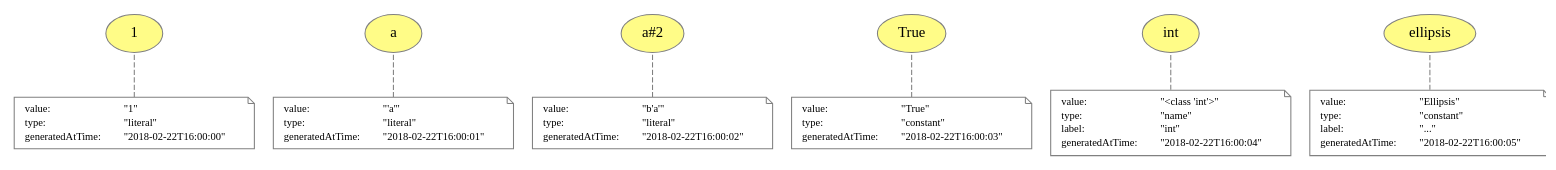
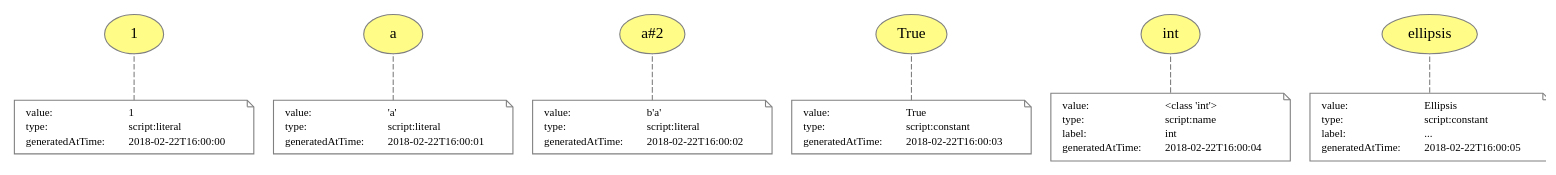
One commit to dew-uff/versioned-prov changed the diagram in images/versioned_prov/names.dot. Above: the diagram before and after it, drawn with Graphviz. The commit also changed 61 other files, not shown here.

```diff
--- a/images/versioned_prov/names.dot
+++ b/images/versioned_prov/names.dot
@@ -1,106 +1,106 @@
 digraph "PROV" { size="16,12"; rankdir="BT";
 "http://example.org/1" [fillcolor="#FFFC87",color="#808080",style="filled",label="1",URL="http://example.org/1"]
 "-attrs0" [color="gray",shape="note",fontsize="10",fontcolor="black",label=<<TABLE cellpadding="0" border="0">
 	<TR>
 	    <TD align="left">value:</TD>
-	    <TD align="left">&quot;1&quot;</TD>
+	    <TD align="left">1</TD>
 	</TR>
 	<TR>
 	    <TD align="left">type:</TD>
-	    <TD align="left">&quot;literal&quot;</TD>
+	    <TD align="left">script:literal</TD>
 	</TR>
 	<TR>
 	    <TD align="left">generatedAtTime:</TD>
-	    <TD align="left">&quot;2018-02-22T16:00:00&quot;</TD>
+	    <TD align="left">2018-02-22T16:00:00</TD>
 	</TR>
 </TABLE>>]
 "-attrs0" -> "http://example.org/1" [color="gray",style="dashed",arrowhead="none"]
 "http://example.org/a" [fillcolor="#FFFC87",color="#808080",style="filled",label="a",URL="http://example.org/a"]
 "-attrs1" [color="gray",shape="note",fontsize="10",fontcolor="black",label=<<TABLE cellpadding="0" border="0">
 	<TR>
 	    <TD align="left">value:</TD>
-	    <TD align="left">&quot;&#x27;a&#x27;&quot;</TD>
+	    <TD align="left">&#x27;a&#x27;</TD>
 	</TR>
 	<TR>
 	    <TD align="left">type:</TD>
-	    <TD align="left">&quot;literal&quot;</TD>
+	    <TD align="left">script:literal</TD>
 	</TR>
 	<TR>
 	    <TD align="left">generatedAtTime:</TD>
-	    <TD align="left">&quot;2018-02-22T16:00:01&quot;</TD>
+	    <TD align="left">2018-02-22T16:00:01</TD>
 	</TR>
 </TABLE>>]
 "-attrs1" -> "http://example.org/a" [color="gray",style="dashed",arrowhead="none"]
 "http://example.org/a#2" [fillcolor="#FFFC87",color="#808080",style="filled",label="a#2",URL="http://example.org/a#2"]
 "-attrs2" [color="gray",shape="note",fontsize="10",fontcolor="black",label=<<TABLE cellpadding="0" border="0">
 	<TR>
 	    <TD align="left">value:</TD>
-	    <TD align="left">&quot;b&#x27;a&#x27;&quot;</TD>
+	    <TD align="left">b&#x27;a&#x27;</TD>
 	</TR>
 	<TR>
 	    <TD align="left">type:</TD>
-	    <TD align="left">&quot;literal&quot;</TD>
+	    <TD align="left">script:literal</TD>
 	</TR>
 	<TR>
 	    <TD align="left">generatedAtTime:</TD>
-	    <TD align="left">&quot;2018-02-22T16:00:02&quot;</TD>
+	    <TD align="left">2018-02-22T16:00:02</TD>
 	</TR>
 </TABLE>>]
 "-attrs2" -> "http://example.org/a#2" [color="gray",style="dashed",arrowhead="none"]
 "http://example.org/True" [fillcolor="#FFFC87",color="#808080",style="filled",label="True",URL="http://example.org/True"]
 "-attrs3" [color="gray",shape="note",fontsize="10",fontcolor="black",label=<<TABLE cellpadding="0" border="0">
 	<TR>
 	    <TD align="left">value:</TD>
-	    <TD align="left">&quot;True&quot;</TD>
+	    <TD align="left">True</TD>
 	</TR>
 	<TR>
 	    <TD align="left">type:</TD>
-	    <TD align="left">&quot;constant&quot;</TD>
+	    <TD align="left">script:constant</TD>
 	</TR>
 	<TR>
 	    <TD align="left">generatedAtTime:</TD>
-	    <TD align="left">&quot;2018-02-22T16:00:03&quot;</TD>
+	    <TD align="left">2018-02-22T16:00:03</TD>
 	</TR>
 </TABLE>>]
 "-attrs3" -> "http://example.org/True" [color="gray",style="dashed",arrowhead="none"]
 "http://example.org/int" [fillcolor="#FFFC87",color="#808080",style="filled",label="int",URL="http://example.org/int"]
 "-attrs4" [color="gray",shape="note",fontsize="10",fontcolor="black",label=<<TABLE cellpadding="0" border="0">
 	<TR>
 	    <TD align="left">value:</TD>
-	    <TD align="left">&quot;&lt;class &#x27;int&#x27;&gt;&quot;</TD>
+	    <TD align="left">&lt;class &#x27;int&#x27;&gt;</TD>
 	</TR>
 	<TR>
 	    <TD align="left">type:</TD>
-	    <TD align="left">&quot;name&quot;</TD>
+	    <TD align="left">script:name</TD>
 	</TR>
 	<TR>
 	    <TD align="left">label:</TD>
-	    <TD align="left">&quot;int&quot;</TD>
+	    <TD align="left">int</TD>
 	</TR>
 	<TR>
 	    <TD align="left">generatedAtTime:</TD>
-	    <TD align="left">&quot;2018-02-22T16:00:04&quot;</TD>
+	    <TD align="left">2018-02-22T16:00:04</TD>
 	</TR>
 </TABLE>>]
 "-attrs4" -> "http://example.org/int" [color="gray",style="dashed",arrowhead="none"]
 "http://example.org/ellipsis" [fillcolor="#FFFC87",color="#808080",style="filled",label="ellipsis",URL="http://example.org/ellipsis"]
 "-attrs5" [color="gray",shape="note",fontsize="10",fontcolor="black",label=<<TABLE cellpadding="0" border="0">
 	<TR>
 	    <TD align="left">value:</TD>
-	    <TD align="left">&quot;Ellipsis&quot;</TD>
+	    <TD align="left">Ellipsis</TD>
 	</TR>
 	<TR>
 	    <TD align="left">type:</TD>
-	    <TD align="left">&quot;constant&quot;</TD>
+	    <TD align="left">script:constant</TD>
 	</TR>
 	<TR>
 	    <TD align="left">label:</TD>
-	    <TD align="left">&quot;...&quot;</TD>
+	    <TD align="left">...</TD>
 	</TR>
 	<TR>
 	    <TD align="left">generatedAtTime:</TD>
-	    <TD align="left">&quot;2018-02-22T16:00:05&quot;</TD>
+	    <TD align="left">2018-02-22T16:00:05</TD>
 	</TR>
 </TABLE>>]
 "-attrs5" -> "http://example.org/ellipsis" [color="gray",style="dashed",arrowhead="none"]
 }
```
